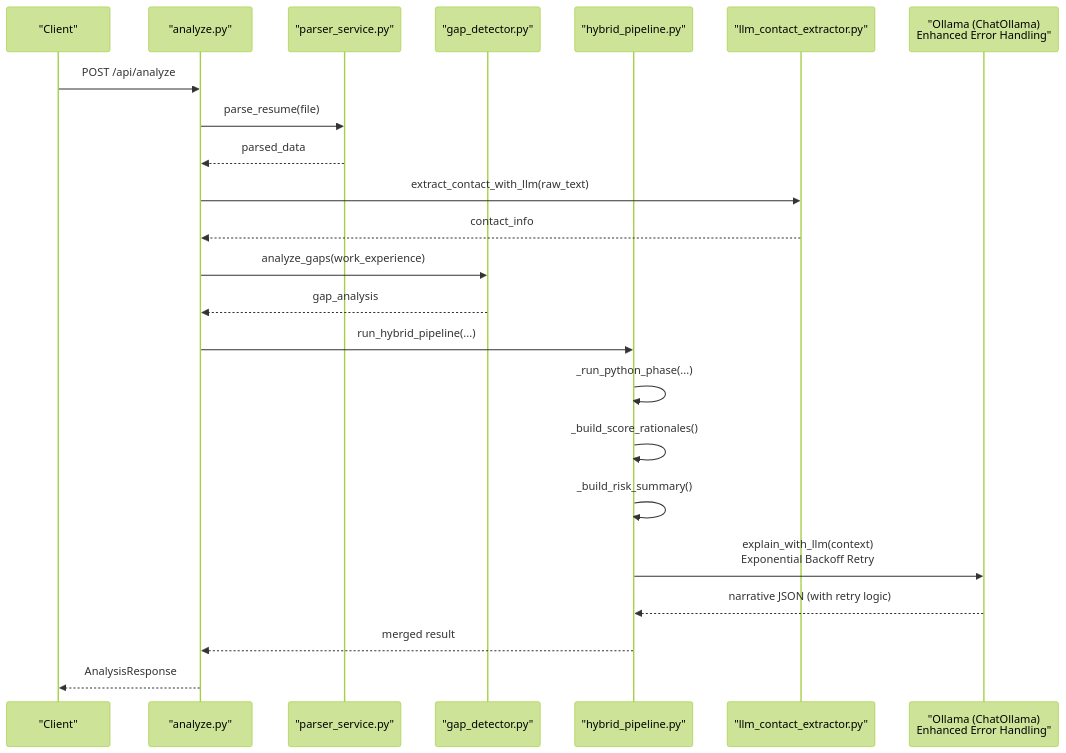
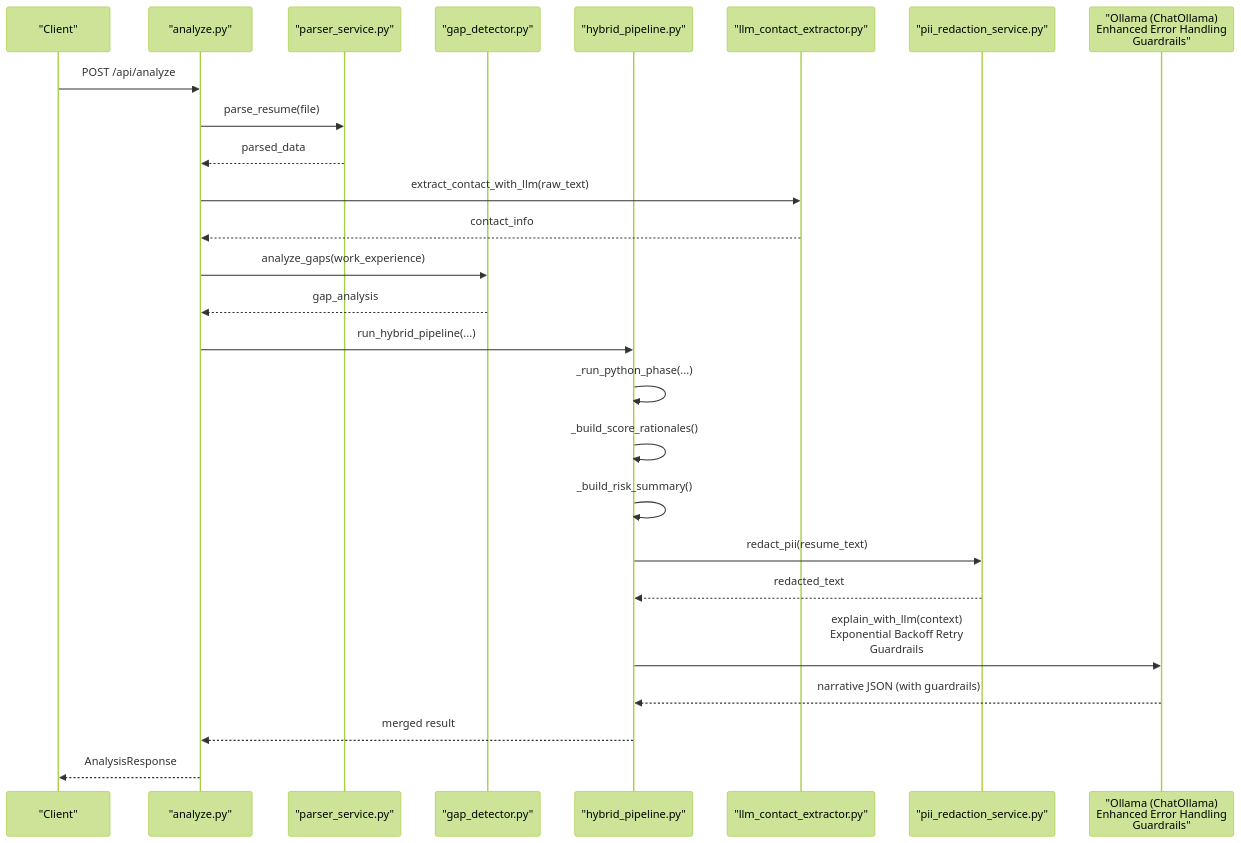
Before and after one commit to Revanththetalogics/aireume: the second of 27 diagrams in .qoder/repowiki/en/content/Analysis Engine/Analysis Engine.md, drawn with Mermaid (forest theme). The commit also changed other lines of this file and 15 other files, not shown here.

````diff
--- a/.qoder/repowiki/en/content/Analysis Engine/Analysis Engine.md
+++ b/.qoder/repowiki/en/content/Analysis Engine/Analysis Engine.md
@@ -152,25 +182,28 @@
 ```mermaid
 sequenceDiagram
 participant Client as "Client"
 participant Route as "analyze.py"
 participant Parser as "parser_service.py"
 participant Gap as "gap_detector.py"
 participant Hybrid as "hybrid_pipeline.py"
 participant Contact as "llm_contact_extractor.py"
-participant LLM as "Ollama (ChatOllama)<br/>Enhanced Error Handling"
+participant PII as "pii_redaction_service.py"
+participant LLM as "Ollama (ChatOllama)<br/>Enhanced Error Handling<br/>Guardrails"
 Client->>Route : POST /api/analyze
 Route->>Parser : parse_resume(file)
 Parser-->>Route : parsed_data
 Route->>Contact : extract_contact_with_llm(raw_text)
 Contact-->>Route : contact_info
 Route->>Gap : analyze_gaps(work_experience)
 Gap-->>Route : gap_analysis
 Route->>Hybrid : run_hybrid_pipeline(...)
 Hybrid->>Hybrid : _run_python_phase(...)
 Hybrid->>Hybrid : _build_score_rationales()
 Hybrid->>Hybrid : _build_risk_summary()
-Hybrid->>LLM : explain_with_llm(context)<br/>Exponential Backoff Retry
-LLM-->>Hybrid : narrative JSON (with retry logic)
+Hybrid->>PII : redact_pii(resume_text)
+PII-->>Hybrid : redacted_text
+Hybrid->>LLM : explain_with_llm(context)<br/>Exponential Backoff Retry<br/>Guardrails
+LLM-->>Hybrid : narrative JSON (with guardrails)
 Hybrid-->>Route : merged result
 Route-->>Client : AnalysisResponse
 ```
````
